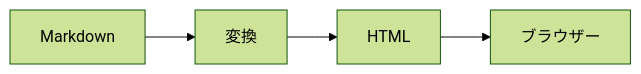
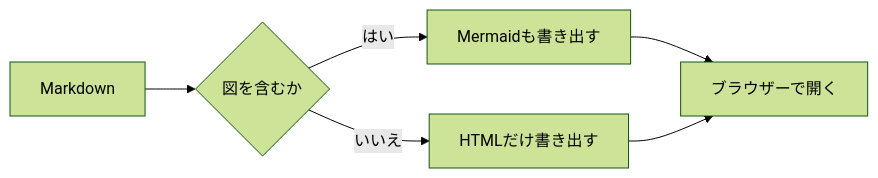
One commit to salan70/miyaburu changed the first of 2 diagrams in examples/sample.md. Above: the diagram before and after it, drawn with Mermaid (forest theme). The commit also changed other lines of this file, not shown here.

````diff
--- a/examples/sample.md
+++ b/examples/sample.md
@@ -44,6 +124,8 @@
 ```mermaid
 flowchart LR
-    A[Markdown] --> B[変換]
-    B --> C[HTML]
-    C --> D[ブラウザー]
+    A[Markdown] --> B{図を含むか}
+    B -- はい --> C[Mermaidも書き出す]
+    B -- いいえ --> D[HTMLだけ書き出す]
+    C --> E[ブラウザーで開く]
+    D --> E
 ```
````
